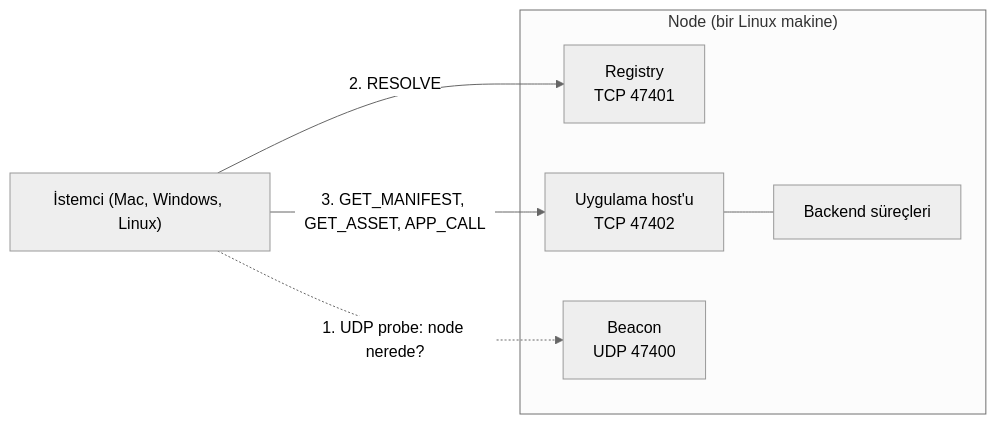
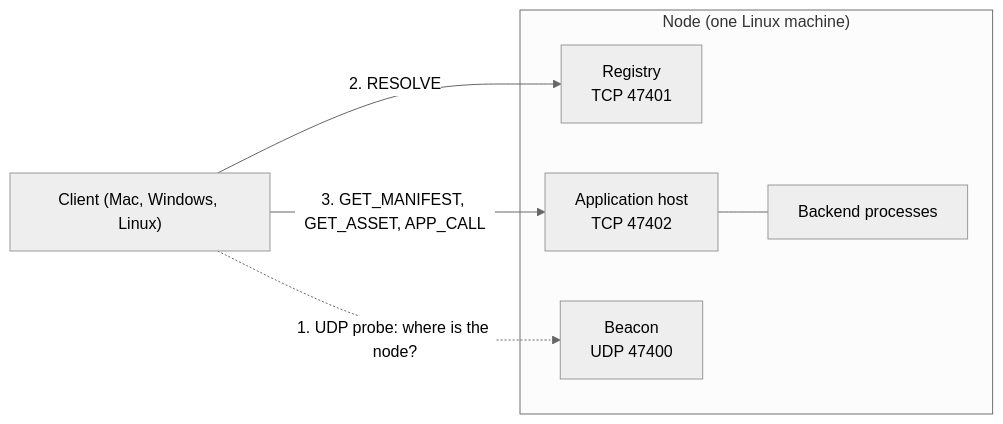
One commit to nuricanozturk01/project-ilmek changed the first of 4 diagrams in PROTOCOL.md. Above: the diagram before and after it, drawn with Mermaid (neutral theme). The commit also changed other lines of this file and 92 other files, not shown here.

````diff
--- a/PROTOCOL.md
+++ b/PROTOCOL.md
@@ -24,14 +24,14 @@
 ```mermaid
 flowchart LR
-    subgraph N["Node (bir Linux makine)"]
+    subgraph N["Node (one Linux machine)"]
         R["Registry<br/>TCP 47401"]
-        H["Uygulama host'u<br/>TCP 47402"]
+        H["Application host<br/>TCP 47402"]
         B["Beacon<br/>UDP 47400"]
-        A["Backend süreçleri"]
+        A["Backend processes"]
         H --- A
     end
-    C["İstemci (Mac, Windows, Linux)"]
-    C -. "1. UDP probe: node nerede?" .-> B
+    C["Client (Mac, Windows, Linux)"]
+    C -. "1. UDP probe: where is the node?" .-> B
     C -- "2. RESOLVE" --> R
     C -- "3. GET_MANIFEST, GET_ASSET, APP_CALL" --> H
 ```
````
